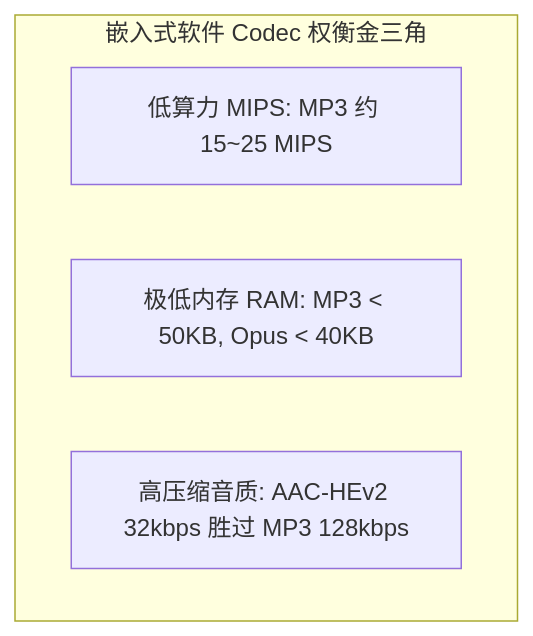
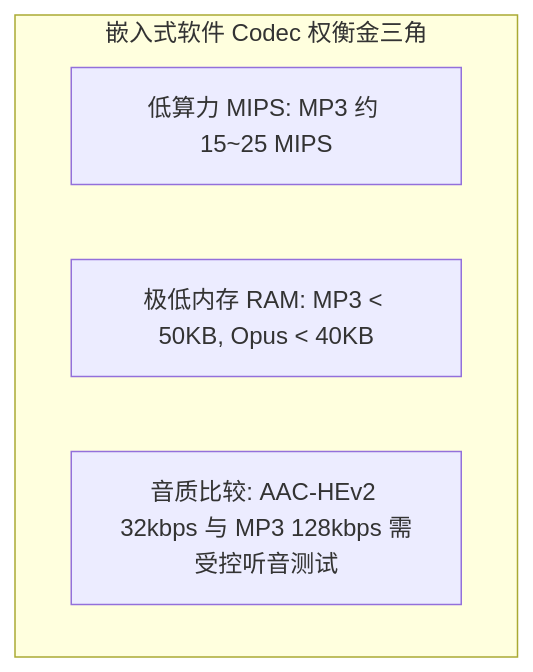
One commit to YvainZhang/YvainZhang.github.io changed the first of 3 diagrams in Audio/13-Audio-Codecs-Streaming-VoiceAI/01-audio-codecs-mp3-aac-opus.md. Above: the diagram before and after it, drawn with Mermaid. The commit also changed other lines of this file and 190 other files, not shown here.

````diff
--- a/Audio/13-Audio-Codecs-Streaming-VoiceAI/01-audio-codecs-mp3-aac-opus.md
+++ b/Audio/13-Audio-Codecs-Streaming-VoiceAI/01-audio-codecs-mp3-aac-opus.md
@@ -11,8 +11,8 @@
 ```mermaid
 graph TD
     subgraph Matrix[嵌入式软件 Codec 权衡金三角]
         M1[低算力 MIPS: MP3 约 15~25 MIPS]
         M2[极低内存 RAM: MP3 < 50KB, Opus < 40KB]
-        M3[高压缩音质: AAC-HEv2 32kbps 胜过 MP3 128kbps]
+        M3[音质比较: AAC-HEv2 32kbps 与 MP3 128kbps 需受控听音测试]
     end
 ```
````
